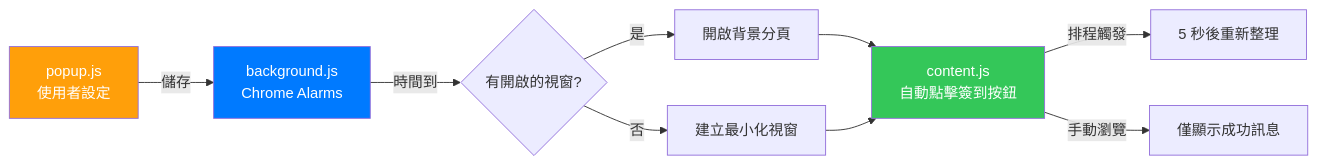
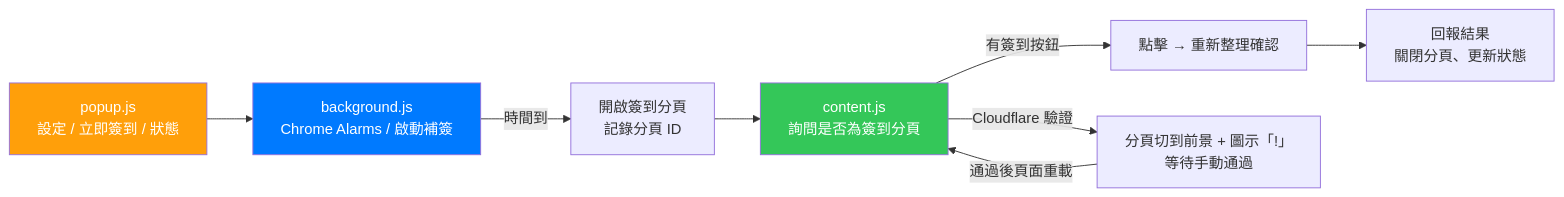
Before and after one commit to keezxc1223/APK.tw-Bingfong-Auto-check-in: the diagram in README.md, drawn with Mermaid. The commit also changed other lines of this file and 5 other files, not shown here.

````diff
--- a/README.md
+++ b/README.md
@@ -60,15 +63,14 @@
 ```mermaid
 flowchart LR
-    A[background.js<br/>Chrome Alarms] -->|時間到| B{有開啟的視窗?}
-    B -->|是| C[開啟背景分頁]
-    B -->|否| D[建立最小化視窗]
-    C --> E[content.js<br/>自動點擊簽到按鈕]
-    D --> E
-    E -->|排程觸發| F[5 秒後重新整理]
-    E -->|手動瀏覽| G[僅顯示成功訊息]
-    H[popup.js<br/>使用者設定] -->|儲存| A
+    A[background.js<br/>Chrome Alarms / 啟動補簽] -->|時間到| B[開啟簽到分頁<br/>記錄分頁 ID]
+    B --> E[content.js<br/>詢問是否為簽到分頁]
+    E -->|有簽到按鈕| F[點擊 → 重新整理確認]
+    E -->|Cloudflare 驗證| G[分頁切到前景 + 圖示「!」<br/>等待手動通過]
+    G -->|通過後頁面重載| E
+    F --> R[回報結果<br/>關閉分頁、更新狀態]
+    H[popup.js<br/>設定 / 立即簽到 / 狀態] --> A
 
     style A fill:#007aff,color:#fff
     style E fill:#34c759,color:#fff
     style H fill:#ff9f0a,color:#fff
 ```
````
